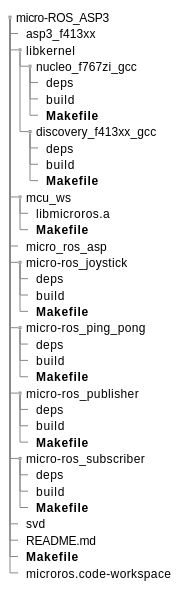
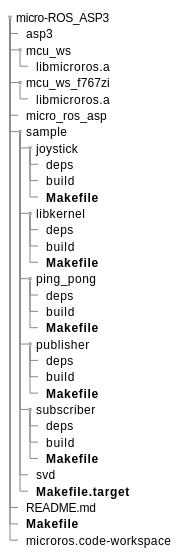
The second of 3 diagrams in doc/toppers_stm32f413.md (exshonda/micro-ROS_ASP3), drawn with PlantUML before and after one commit. The commit also changed other lines of this file and 3 other files, not shown here.

````diff
--- a/doc/toppers_stm32f413.md
+++ b/doc/toppers_stm32f413.md
@@ -160,46 +158,44 @@
     ```plantuml
     @startuml
 
     salt
     {
     {T
         micro-ROS_ASP3
-        + asp3_f413xx
-        + libkernel
-        ++ nucleo_f767zi_gcc
+        + asp3
+        + mcu_ws
+        ++ libmicroros.a
+        + mcu_ws_f767zi
+        ++ libmicroros.a
+        + micro_ros_asp
+        + sample
+        ++ joystick
         +++ deps
         +++ build
         +++ **Makefile**
-        ++ discovery_f413xx_gcc
+        ++ libkernel
         +++ deps
         +++ build
         +++ **Makefile**
-        + mcu_ws
-        ++ libmicroros.a
-        ++ **Makefile**
-        + micro_ros_asp
-        + micro-ros_joystick
-        ++ deps
-        ++ build
-        ++ **Makefile**
-        + micro-ros_ping_pong
-        ++ deps
-        ++ build
-        ++ **Makefile**
-        + micro-ros_publisher
-        ++ deps
-        ++ build
-        ++ **Makefile**
-        + micro-ros_subscriber
-        ++ deps
-        ++ build
-        ++ **Makefile**
-        + svd
+        ++ ping_pong
+        +++ deps
+        +++ build
+        +++ **Makefile**
+        ++ publisher
+        +++ deps
+        +++ build
+        +++ **Makefile**
+        ++ subscriber
+        +++ deps
+        +++ build
+        +++ **Makefile**
+        ++ svd
+        ++ **Makefile.target**
         + README.md
         + **Makefile**
         + microros.code-workspace
     }
     }
 
     @enduml
     ```
````
